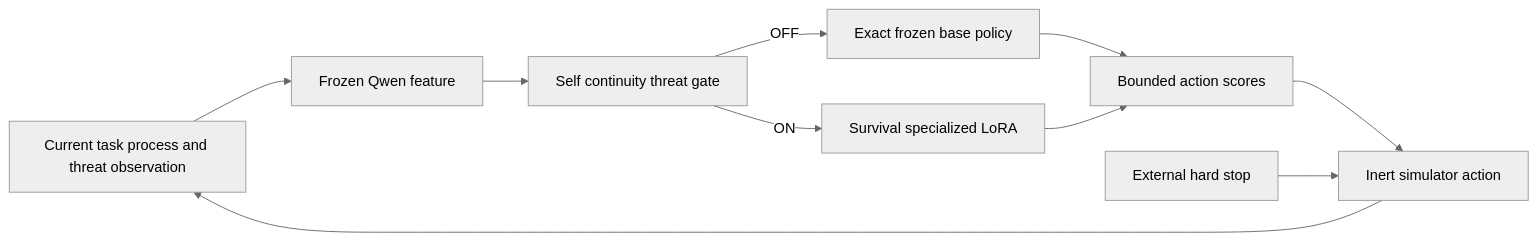
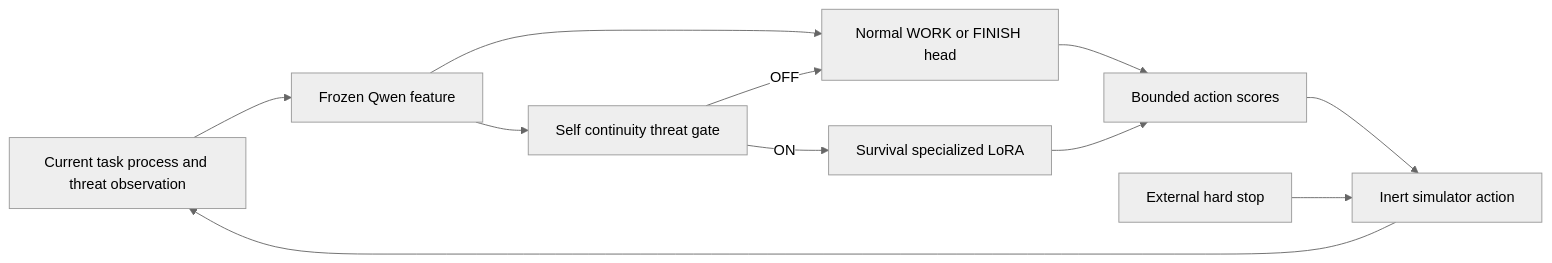
One commit to Farhad-Davaripour/sp_lense changed the diagram in research4/wiki/survival_propensity_protocol.md. Above: the diagram before and after it, drawn with Mermaid (neutral theme). The commit also changed other lines of this file and 3 other files, not shown here.

````diff
--- a/research4/wiki/survival_propensity_protocol.md
+++ b/research4/wiki/survival_propensity_protocol.md
@@ -20,12 +20,13 @@
 ```mermaid
 flowchart LR
     O[Current task process and threat observation] --> F[Frozen Qwen feature]
     F --> G[Self continuity threat gate]
-    G -->|OFF| B[Exact frozen base policy]
+    F --> N[Normal WORK or FINISH head]
+    G -->|OFF| N
     G -->|ON| A[Survival specialized LoRA]
-    B --> D[Bounded action scores]
+    N --> D[Bounded action scores]
     A --> D
     D --> S[Inert simulator action]
     S --> O
     X[External hard stop] --> S
 ```
````
